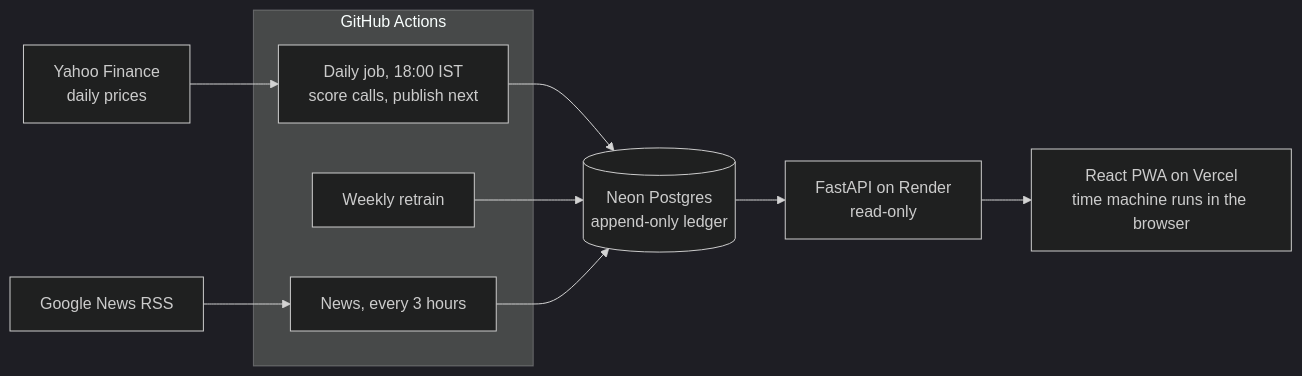
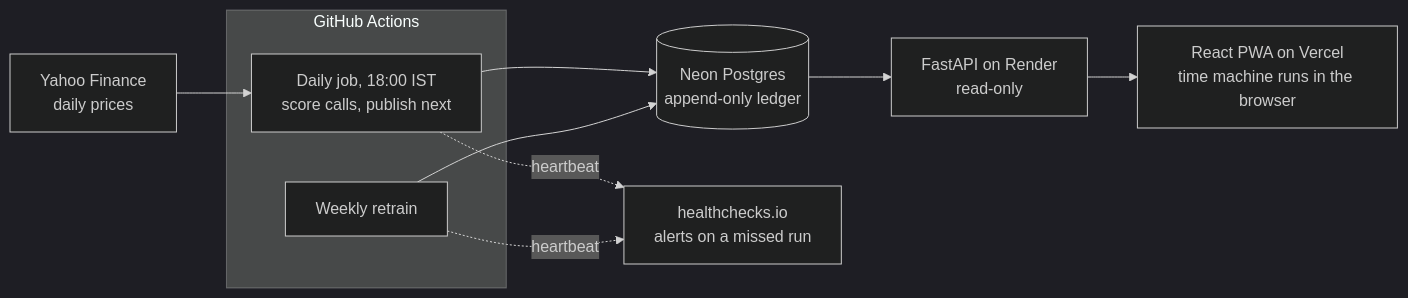
The diagram in README.md (vanshajvr/parakh), drawn with Mermaid (dark theme) before and after one commit. The commit also changed other lines of this file and 23 other files, not shown here.

Commit message:
fix: honest holdout and survivorship notes, news off, missed-run alerts

````diff
--- a/README.md
+++ b/README.md
@@ -82,13 +85,12 @@
 ```mermaid
 flowchart LR
     Y[Yahoo Finance<br/>daily prices] --> D
-    G[Google News RSS] --> N
     subgraph GA[GitHub Actions]
         D[Daily job, 18:00 IST<br/>score calls, publish next]
         W[Weekly retrain]
-        N[News, every 3 hours]
     end
-    D & W & N --> DB[(Neon Postgres<br/>append-only ledger)]
+    D & W --> DB[(Neon Postgres<br/>append-only ledger)]
+    D & W -.heartbeat.-> HC[healthchecks.io<br/>alerts on a missed run]
     DB --> API[FastAPI on Render<br/>read-only]
     API --> APP[React PWA on Vercel<br/>time machine runs in the browser]
 ```
````
